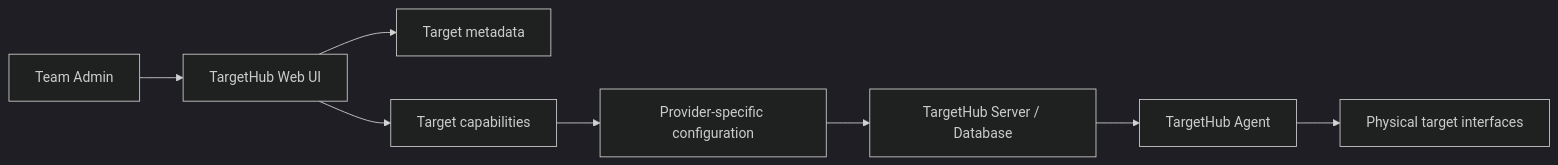
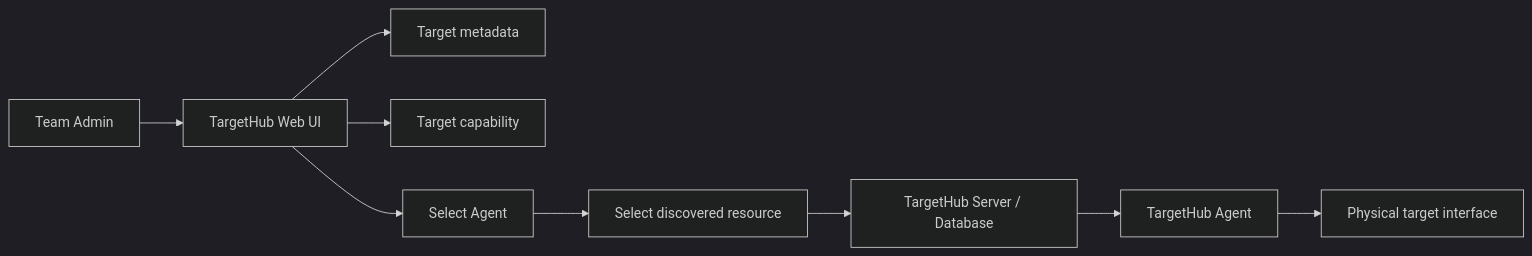
The second of 2 diagrams in docs/architecture/ARCHITECTURE_V1.0_IMPLEMENTATION.md (omkar-motaghare/TargetHub), drawn with Mermaid (dark theme) before and after one commit. The commit also changed other lines of this file, not shown here.

Commit message:
docs: align v1 implementation baseline with agent discovery model

````diff
--- a/docs/architecture/ARCHITECTURE_V1.0_IMPLEMENTATION.md
+++ b/docs/architecture/ARCHITECTURE_V1.0_IMPLEMENTATION.md
@@ -72,10 +102,11 @@
 ```mermaid
 flowchart LR
     Admin[Team Admin] --> UI[TargetHub Web UI]
     UI --> Target[Target metadata]
-    UI --> Cap[Target capabilities]
-    Cap --> Config[Provider-specific configuration]
-    Config --> Server[TargetHub Server / Database]
-    Server --> Agent[TargetHub Agent]
-    Agent --> Hardware[Physical target interfaces]
+    UI --> Cap[Target capability]
+    UI --> Agent[Select Agent]
+    Agent --> Resource[Select discovered resource]
+    Resource --> Server[TargetHub Server / Database]
+    Server --> AgentRuntime[TargetHub Agent]
+    AgentRuntime --> Hardware[Physical target interface]
 ```
````
